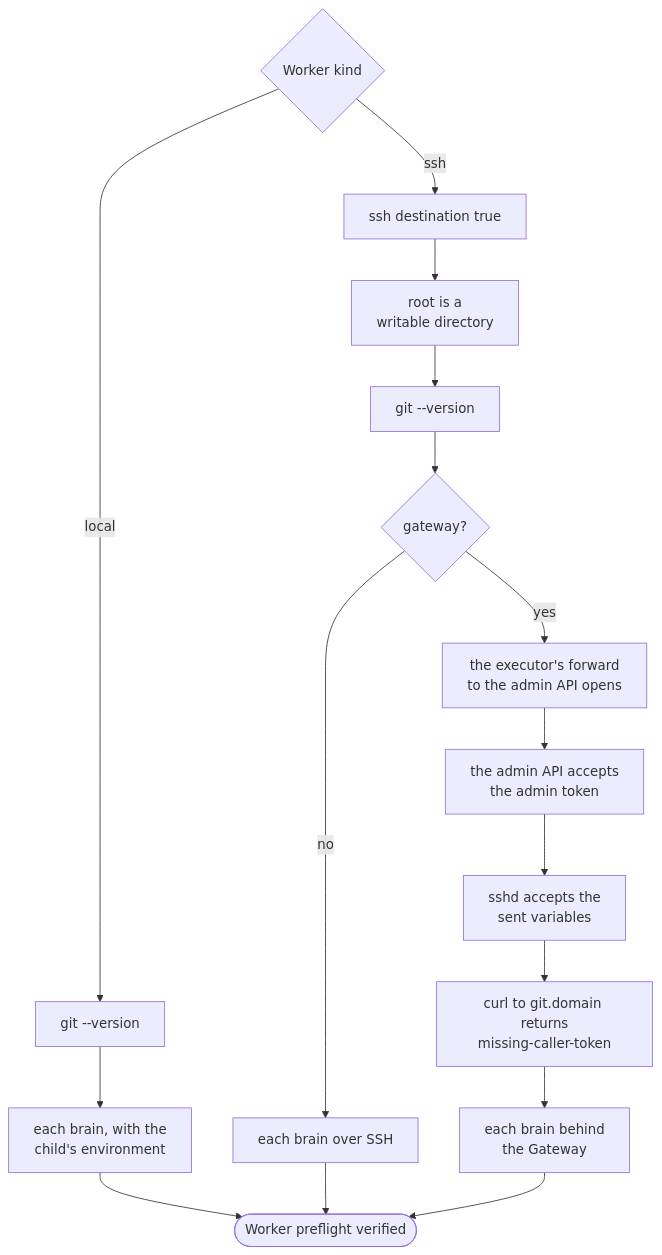
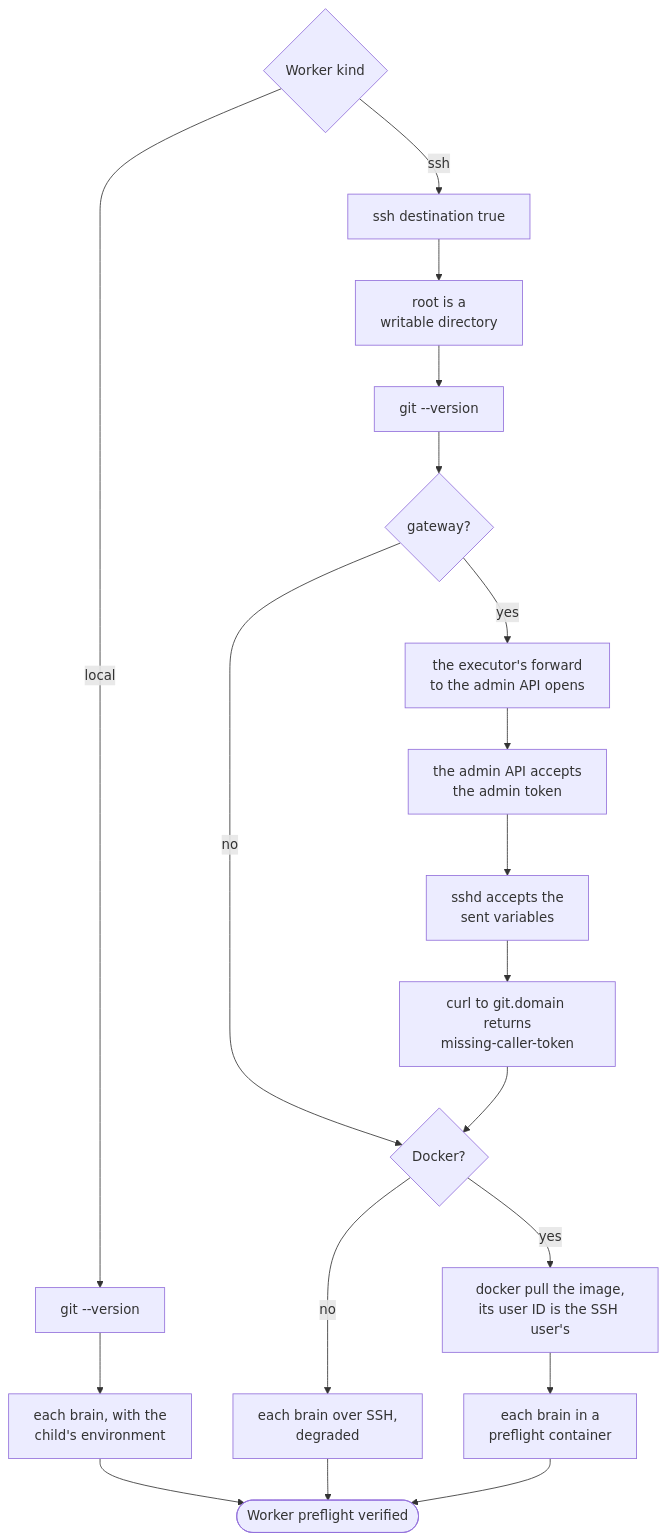
One commit to basaltbytes/usine changed the second of 9 diagrams in apps/docs/src/content/docs/architecture/workers-and-gateway.mdx. Above: the diagram before and after it, drawn with Mermaid. The commit also changed other lines of this file and 68 other files, not shown here.

````diff
--- a/apps/docs/src/content/docs/architecture/workers-and-gateway.mdx
+++ b/apps/docs/src/content/docs/architecture/workers-and-gateway.mdx
@@ -154,18 +172,21 @@
 ```mermaid
 flowchart TD
   kind{"Worker kind"} -->|local| lgit["git --version"]
   lgit --> lbrain["each brain, with the<br/>child's environment"]
   kind -->|ssh| connect["ssh destination true"]
   connect --> root["root is a<br/>writable directory"]
   root --> sgit["git --version"]
   sgit --> gw{"gateway?"}
-  gw -->|no| sbrain["each brain over SSH"]
+  gw -->|no| docker{"Docker?"}
+  docker -->|no| sbrain["each brain over SSH,<br/>degraded"]
+  docker -->|yes| pull["docker pull the image,<br/>its user ID is the SSH user's"]
+  pull --> cbrain["each brain in a<br/>preflight container"]
   gw -->|yes| forward["the executor's forward<br/>to the admin API opens"]
   forward --> admin["the admin API accepts<br/>the admin token"]
   admin --> sent["sshd accepts the<br/>sent variables"]
   sent --> curl["curl to git.domain returns<br/>missing-caller-token"]
-  curl --> gbrain["each brain behind<br/>the Gateway"]
+  curl --> docker
   lbrain --> ok(["Worker preflight verified"])
   sbrain --> ok
-  gbrain --> ok
+  cbrain --> ok
 ```
````
